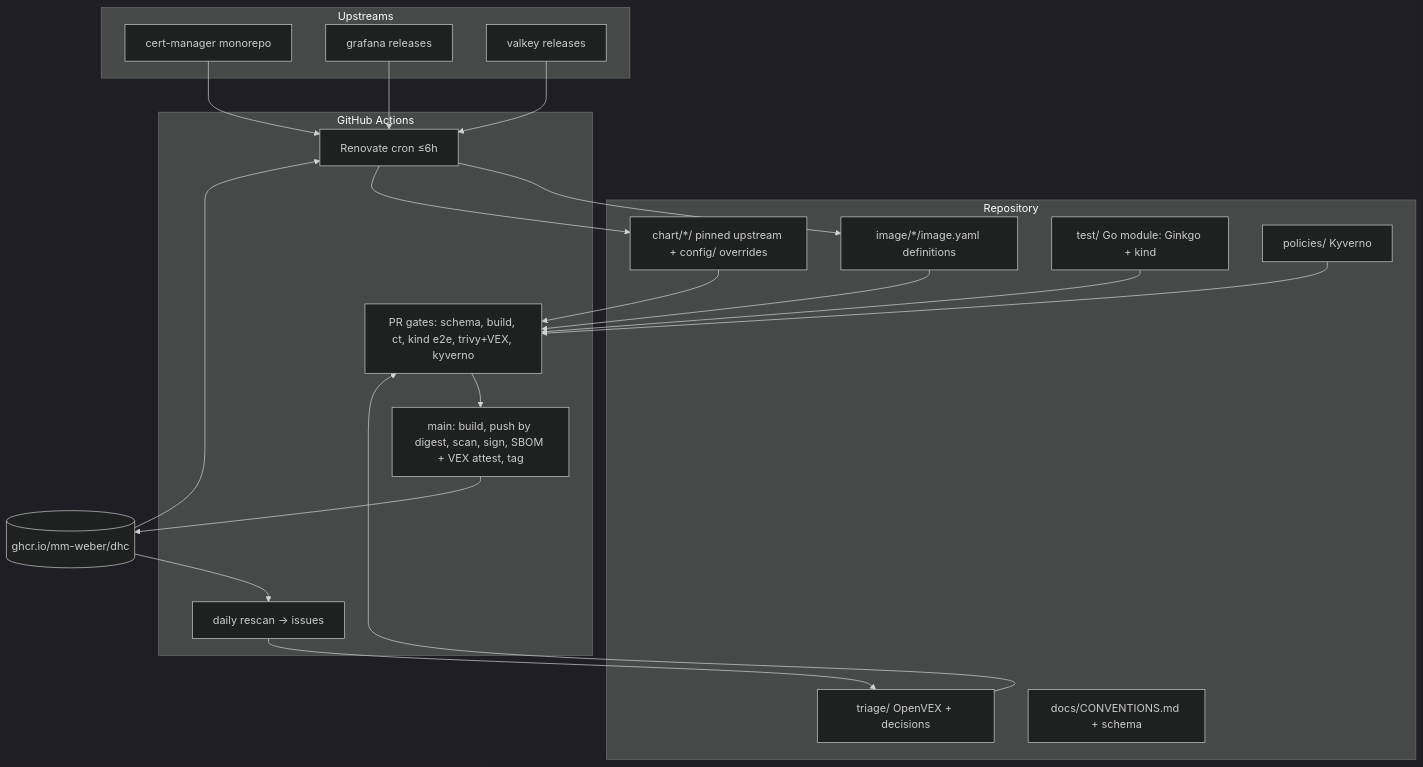
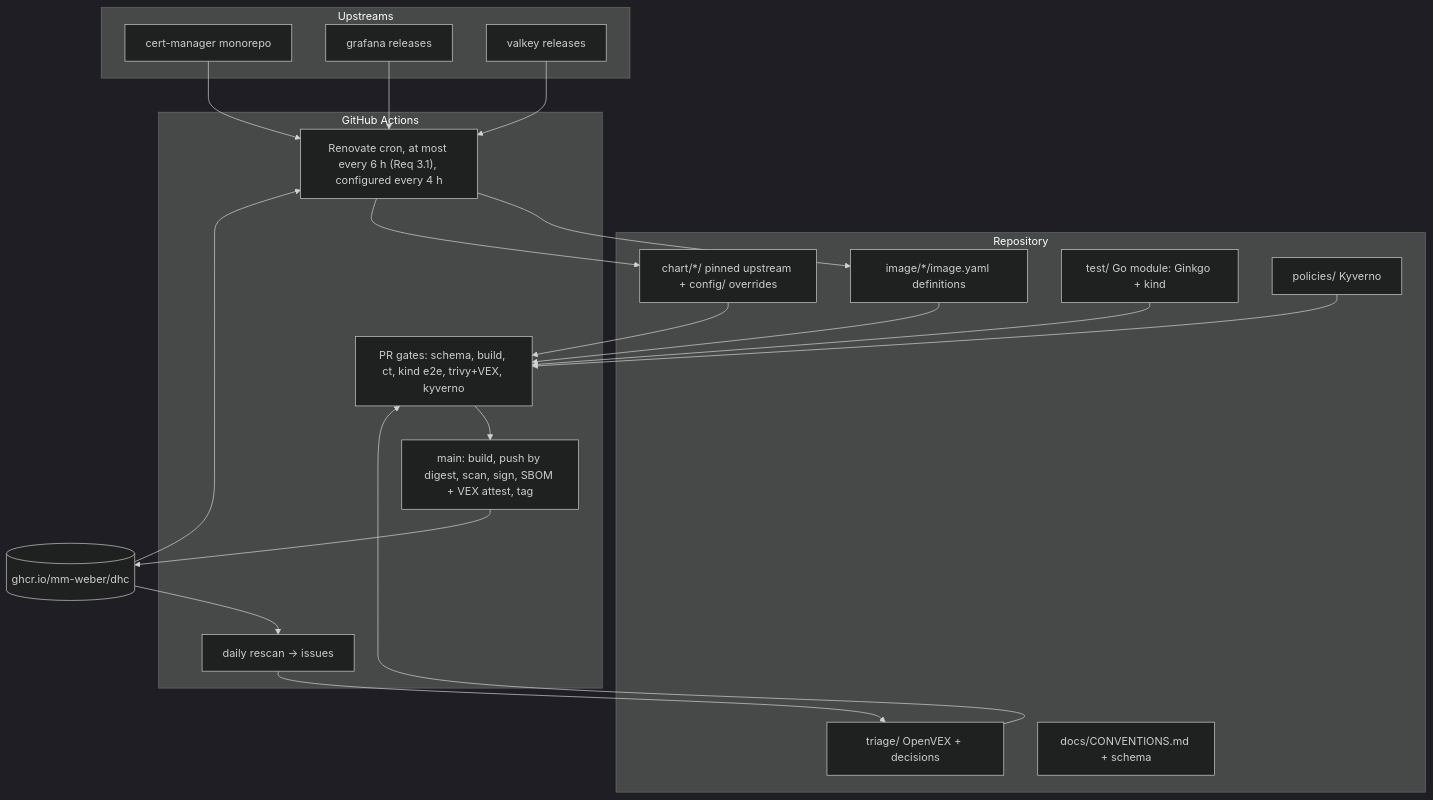
One commit to mm-weber/dhc-pipeline changed the first of 2 diagrams in .specs/dhc-catalogue-mvp/design.md. Above: the diagram before and after it, drawn with Mermaid (dark theme). The commit also changed other lines of this file and 19 other files, not shown here.

````diff
--- a/.specs/dhc-catalogue-mvp/design.md
+++ b/.specs/dhc-catalogue-mvp/design.md
@@ -42,35 +42,35 @@
 ```mermaid
 graph TB
     subgraph Upstreams
         UP1[cert-manager monorepo]
         UP2[grafana releases]
         UP3[valkey releases]
     end
 
     subgraph Repository
         DEF[image/*/image.yaml definitions]
         CHT[chart/*/ pinned upstream + config/ overrides]
         TST[test/ Go module: Ginkgo + kind]
         TRI[triage/ OpenVEX + decisions]
         POL[policies/ Kyverno]
         CON[docs/CONVENTIONS.md + schema]
     end
 
     subgraph Automation["GitHub Actions"]
-        REN[Renovate cron ≤6h]
+        REN["Renovate cron, at most every 6 h (Req 3.1), configured every 4 h"]
         CI[PR gates: schema, build, ct, kind e2e, trivy+VEX, kyverno]
         REL[main: build, push by digest, scan, sign, SBOM + VEX attest, tag]
         SCAN[daily rescan → issues]
     end
 
     GHCR[(ghcr.io/mm-weber/dhc)]
 
     UP1 & UP2 & UP3 --> REN --> DEF
     GHCR --> REN --> CHT
     DEF --> CI --> REL --> GHCR
     CHT --> CI
     TST --> CI
     POL --> CI
     GHCR --> SCAN --> TRI
     TRI --> CI
 ```
````
